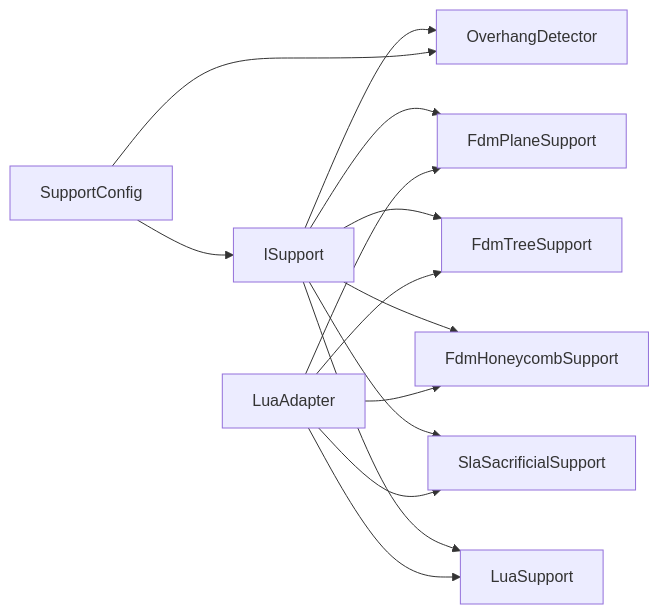
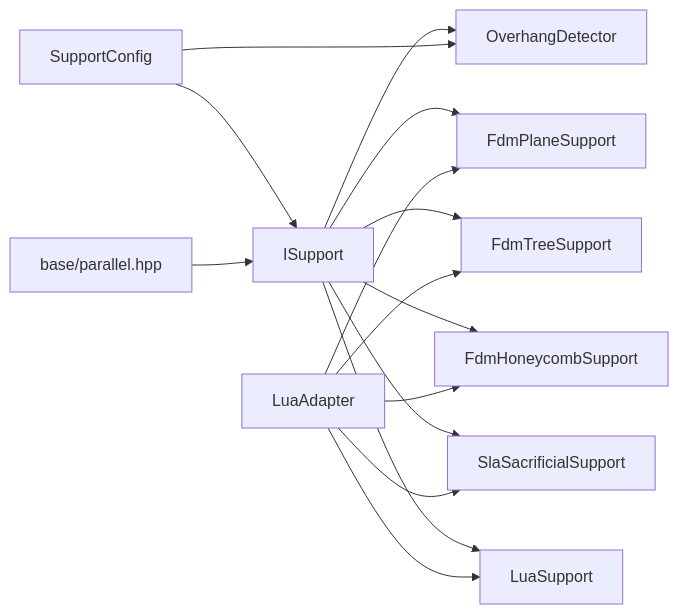
Before and after one commit to hsmbanlance/HsBaSlicer: diagram 11 of 12 in .qoder/repowiki/en/content/Core Modules/Support Structure System (support_)/Support Structure System (support_).md, drawn with Mermaid. The commit also changed other lines of this file and 365 other files, not shown here.

````diff
--- a/.qoder/repowiki/en/content/Core Modules/Support Structure System (support_)/Support Structure System (support_).md
+++ b/.qoder/repowiki/en/content/Core Modules/Support Structure System (support_)/Support Structure System (support_).md
@@ -360,16 +429,17 @@
 ```mermaid
 graph LR
 IS["ISupport"] --> OD["OverhangDetector"]
 IS --> FP["FdmPlaneSupport"]
 IS --> FT["FdmTreeSupport"]
 IS --> FH["FdmHoneycombSupport"]
 IS --> SS["SlaSacrificialSupport"]
 IS --> LS["LuaSupport"]
 LA["LuaAdapter"] --> LS
 LA --> FP
 LA --> FT
 LA --> FH
 LA --> SS
 CFG["SupportConfig"] --> IS
 CFG --> OD
+PP["base/parallel.hpp"] --> IS
 ```
````
